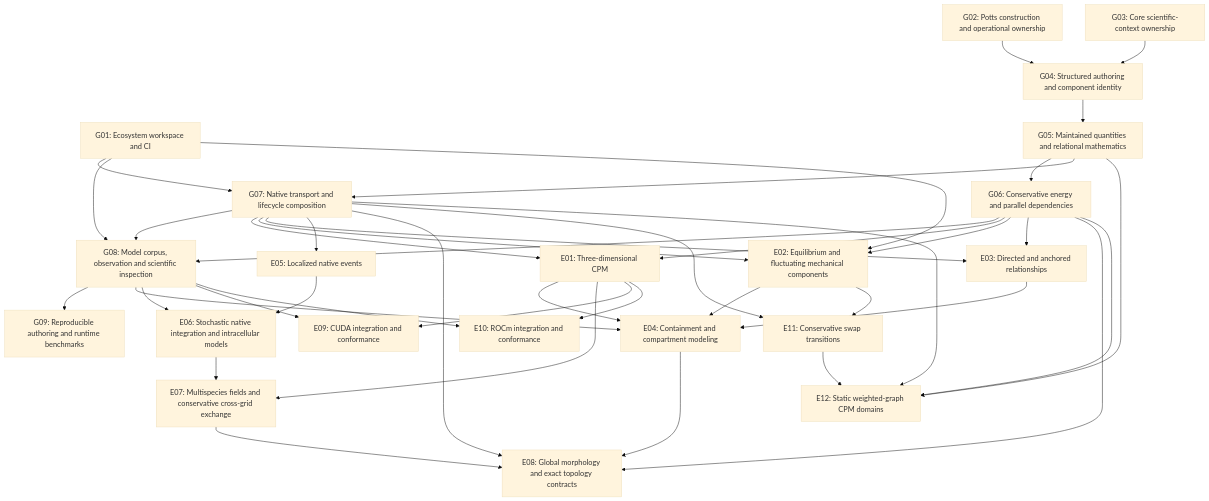
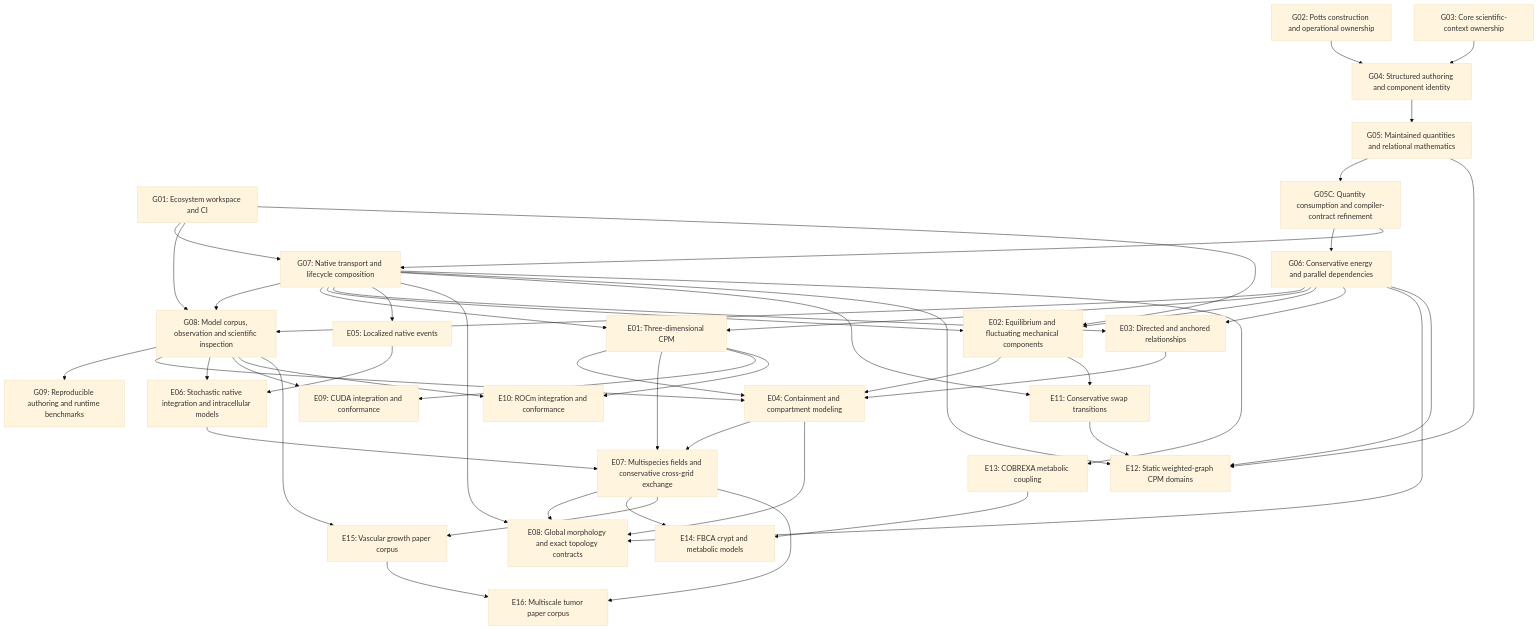
Before and after one commit to PraneethMerugu/Potts.jl: the diagram in design/consolidated-pr-dependency-map.md, drawn with Mermaid (base theme). The commit also changed other lines of this file and 12 other files, not shown here.

````diff
--- a/design/consolidated-pr-dependency-map.md
+++ b/design/consolidated-pr-dependency-map.md
@@ -321,64 +666,78 @@
 ```mermaid
 flowchart TD
   G01["G01: Ecosystem workspace and CI"]
   G02["G02: Potts construction and operational ownership"]
   G03["G03: Core scientific-context ownership"]
   G04["G04: Structured authoring and component identity"]
   G05["G05: Maintained quantities and relational mathematics"]
+  G05C["G05C: Quantity consumption and compiler-contract refinement"]
   G06["G06: Conservative energy and parallel dependencies"]
   G07["G07: Native transport and lifecycle composition"]
   G08["G08: Model corpus, observation and scientific inspection"]
   G09["G09: Reproducible authoring and runtime benchmarks"]
   E01["E01: Three-dimensional CPM"]
   E02["E02: Equilibrium and fluctuating mechanical components"]
   E03["E03: Directed and anchored relationships"]
   E04["E04: Containment and compartment modeling"]
   E05["E05: Localized native events"]
   E06["E06: Stochastic native integration and intracellular models"]
   E07["E07: Multispecies fields and conservative cross-grid exchange"]
   E08["E08: Global morphology and exact topology contracts"]
   E09["E09: CUDA integration and conformance"]
   E10["E10: ROCm integration and conformance"]
   E11["E11: Conservative swap transitions"]
   E12["E12: Static weighted-graph CPM domains"]
+  E13["E13: COBREXA metabolic coupling"]
+  E14["E14: FBCA crypt and metabolic models"]
+  E15["E15: Vascular growth paper corpus"]
+  E16["E16: Multiscale tumor paper corpus"]
   G02 --> G04
   G03 --> G04
   G04 --> G05
-  G05 --> G06
+  G05 --> G05C
+  G05C --> G06
   G01 --> G07
-  G05 --> G07
+  G05C --> G07
   G01 --> G08
   G06 --> G08
   G07 --> G08
   G08 --> G09
   G06 --> E01
   G07 --> E01
   G01 --> E02
   G06 --> E02
   G07 --> E02
   G06 --> E03
   G07 --> E03
   G08 --> E04
   E01 --> E04
   E02 --> E04
   E03 --> E04
   G07 --> E05
   G08 --> E06
   E05 --> E06
   E01 --> E07
+  E04 --> E07
   E06 --> E07
   G06 --> E08
   G07 --> E08
   E04 --> E08
   E07 --> E08
   G08 --> E09
   E01 --> E09
   G08 --> E10
   E01 --> E10
   G07 --> E11
   E02 --> E11
   G05 --> E12
   G06 --> E12
   G07 --> E12
   E11 --> E12
+  G07 --> E13
+  E13 --> E14
+  E07 --> E14
+  G08 --> E15
+  E07 --> E15
+  E07 --> E16
+  E15 --> E16
 ```
````
